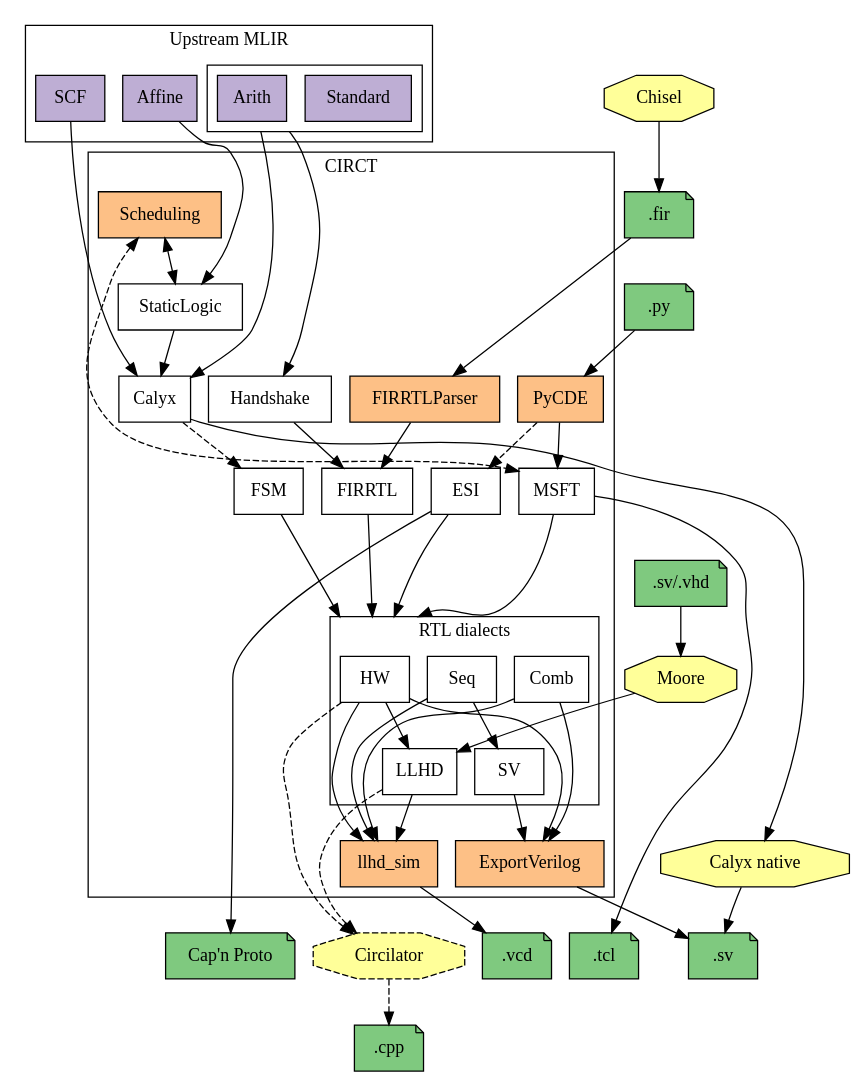
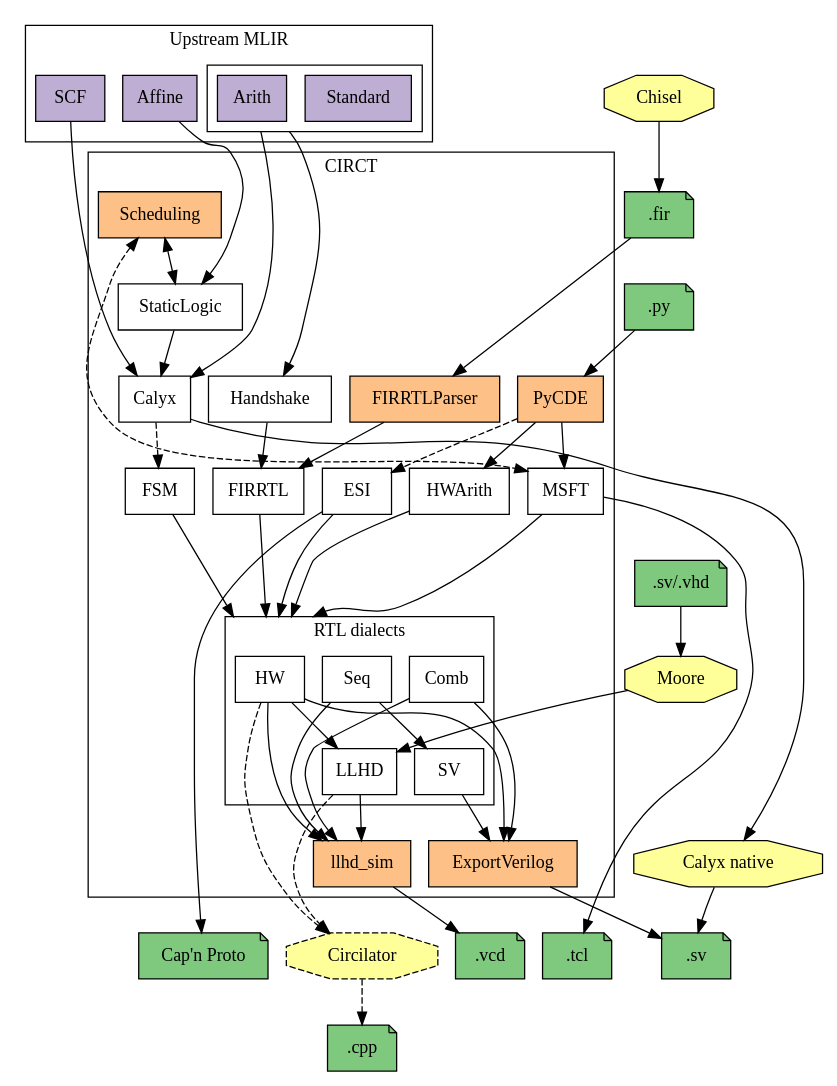
The diagram in docs/dialects.dot (thomasnormal/circt), drawn with Graphviz before and after one commit. The commit also changed 2 other files, not shown here.

Commit message:
[Docs] Add HWArith to dialect diagram

```diff
--- a/docs/dialects.dot
+++ b/docs/dialects.dot
@@ -1,128 +1,130 @@
 digraph G {
   // Note: Remember to run the circt/utils/update-docs-dialects.sh script after
   // modifying this file to regenerate the .svg and .png renders of the graph.
   rankdir = TB
   splines=spline
   node [shape=box style=filled fillcolor="white"]
   nodesep=0.2 // horizontal compression
   ranksep=0.5 // vertical compression
   compound=true
 
   // MLIR dialects
   subgraph cluster_mlir {
     label = "Upstream MLIR";
     node [fillcolor="#beaed4"]
     SCF Affine
     subgraph cluster_std_arith_dialect {
       label = ""
       Standard Arith
     }
   }
 
   subgraph cluster_circt {
     label = "CIRCT"
     // CIRCT dialects
     Handshake [URL="https://circt.llvm.org/docs/Dialects/Handshake/"]
     Calyx [URL="https://circt.llvm.org/docs/Dialects/Calyx/"]
     FIRRTL [URL="https://circt.llvm.org/docs/Dialects/FIRRTL/"]
     StaticLogic [URL="https://circt.llvm.org/docs/Dialects/StaticLogic/"]
     MSFT [URL="https://circt.llvm.org/docs/Dialects/MSFT/"]
     ESI [URL="https://circt.llvm.org/docs/Dialects/ESI/"]
     FSM [URL="https://circt.llvm.org/docs/Dialects/FSM/"]
+    HWArith [URL="https://circt.llvm.org/docs/Dialects/HWArith/"]
 
     // Invisible node to make space for RTL cluster's incoming edges.
     space_above_RTL [style = invis, label=""]
 
     subgraph cluster_RTL {
       label = "RTL dialects"
       Seq [URL="https://circt.llvm.org/docs/Dialects/Seq/"]
       HW [URL="https://circt.llvm.org/docs/Dialects/HW/"]
       SV [URL="https://circt.llvm.org/docs/Dialects/SV/"]
       Comb [URL="https://circt.llvm.org/docs/Dialects/Comb/"]
       LLHD [URL="https://circt.llvm.org/docs/Dialects/LLHD/"]
     }
 
     // Internal tools
     subgraph internal_tools{
       node [fillcolor="#fdc086"]
       FIRRTLParser llhd_sim
       ExportVerilog [URL="https://circt.llvm.org/docs/VerilogGeneration/"]
       PyCDE [URL="https://circt.llvm.org/docs/PyCDE/"]
       Scheduling [URL="https://circt.llvm.org/docs/Scheduling/"]
     }
   }
 
   // External tools
   subgraph external_tools {
     node [shape=octagon fillcolor="#ffff99"]
     Moore Chisel
     Calyx_native [label="Calyx native"]
     Circilator [style="dashed,filled"]
   }
 
   // File formats
   subgraph file_formats {
     node [fillcolor="#7fc97f" shape="note"]
     VCDTrace [label=".vcd"]
     CPPFile [label=".cpp"]
     SVFile [label=".sv"]
     CapNProto [label="Cap'n Proto"]
     TCL [label=".tcl"]
     FIRFile [label=".fir"]
     SVVHDL [label=".sv/.vhd"]
     PyFile [label=".py"]
   }
 
   // ===== Connections =====
   // Dialect conversions
   SCF -> Calyx
   Affine -> StaticLogic
   StaticLogic -> Calyx
   Arith -> {Handshake Calyx} [ltail=cluster_std_arith_dialect]
 
   Handshake -> FIRRTL
   Calyx -> FSM [style=dashed]
 
   // Things that lower into a subset of the RTL-like dialects. Cluster these
   // together to avoid a massive clutter.
-  {FIRRTL FSM ESI MSFT} -> HW [lhead=cluster_RTL]
+  {FIRRTL FSM ESI MSFT HWArith} -> HW [lhead=cluster_RTL]
   Seq -> SV
   HW -> LLHD
   Comb -> ExportVerilog
 
   // Tool flows
   Scheduling -> StaticLogic [dir=both]
   Chisel -> FIRFile
   FIRFile -> FIRRTLParser
   FIRRTLParser -> FIRRTL
   {HW SV} -> ExportVerilog
   SVVHDL -> Moore [weight=999]
   Moore -> LLHD
   {LLHD HW} -> Circilator [style=dashed]
   Calyx -> Calyx_native
   {Calyx_native ExportVerilog} -> SVFile
   Circilator -> CPPFile [style=dashed]
   {LLHD Comb HW Seq} -> llhd_sim
   llhd_sim -> VCDTrace
   ESI -> CapNProto
   MSFT -> TCL
   PyFile -> PyCDE
   PyCDE -> ESI [style=dashed]
   PyCDE -> MSFT
+  PyCDE -> HWArith
   Scheduling -> MSFT [dir=both, style=dashed]
 
   // ====== Some fake edges to coerce a good layout ======
   // Note: Modify these if you make changes to the above diagram, and things
   // start looking weird.
   Affine -> Scheduling [weight=999 style=invis]
   FIRFile -> PyFile [weight=999 style=invis]
 
   // Leave one rank free above the RTL cluster to improve routing of incoming
   // edges.
-  {FIRRTL FSM ESI MSFT} -> space_above_RTL [weight=999, style=invis]
+  {FIRRTL FSM ESI MSFT HWArith} -> space_above_RTL [weight=999, style=invis]
   space_above_RTL -> {Seq HW Comb} [lhead=cluster_RTL, weight=999, style=invis]
 
   // Fix the following sink nodes below the CIRCT cluster
   llhd_sim -> {SVFile Circilator TCL CapNProto} [weight=999 style=invis]
   Calyx_native -> SVFile [weight=999 style=invis]
 }
```
